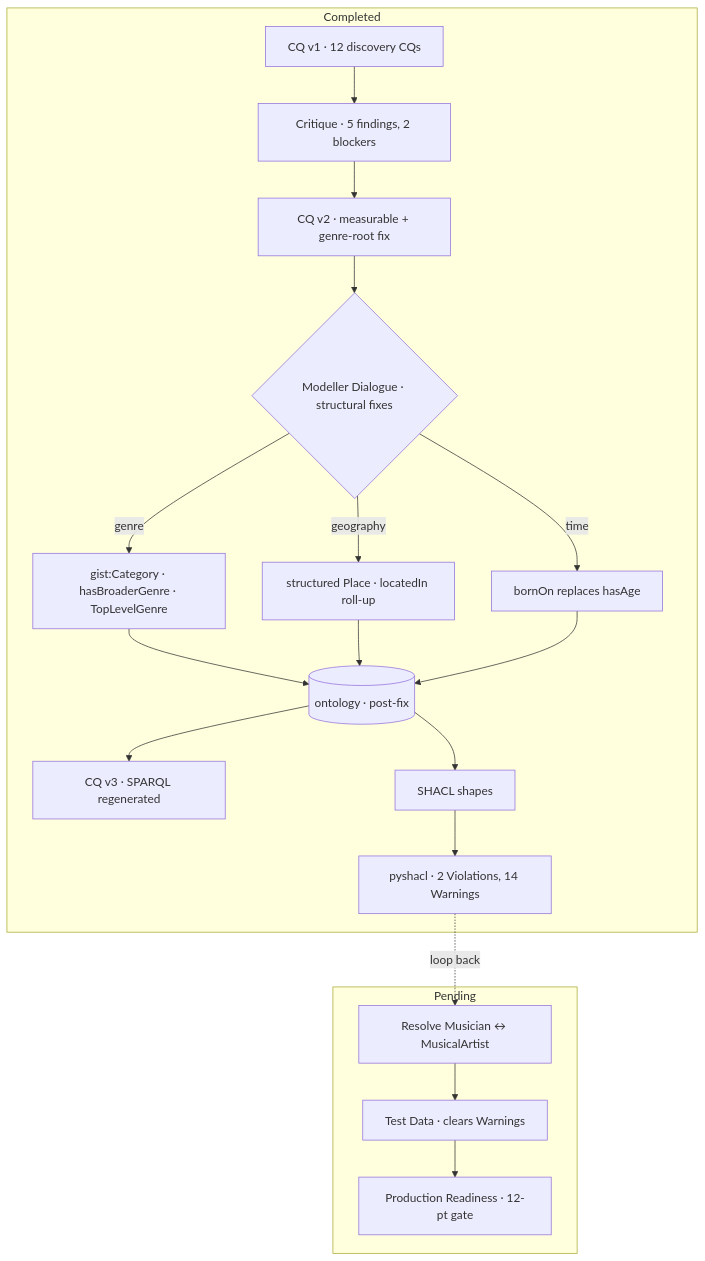
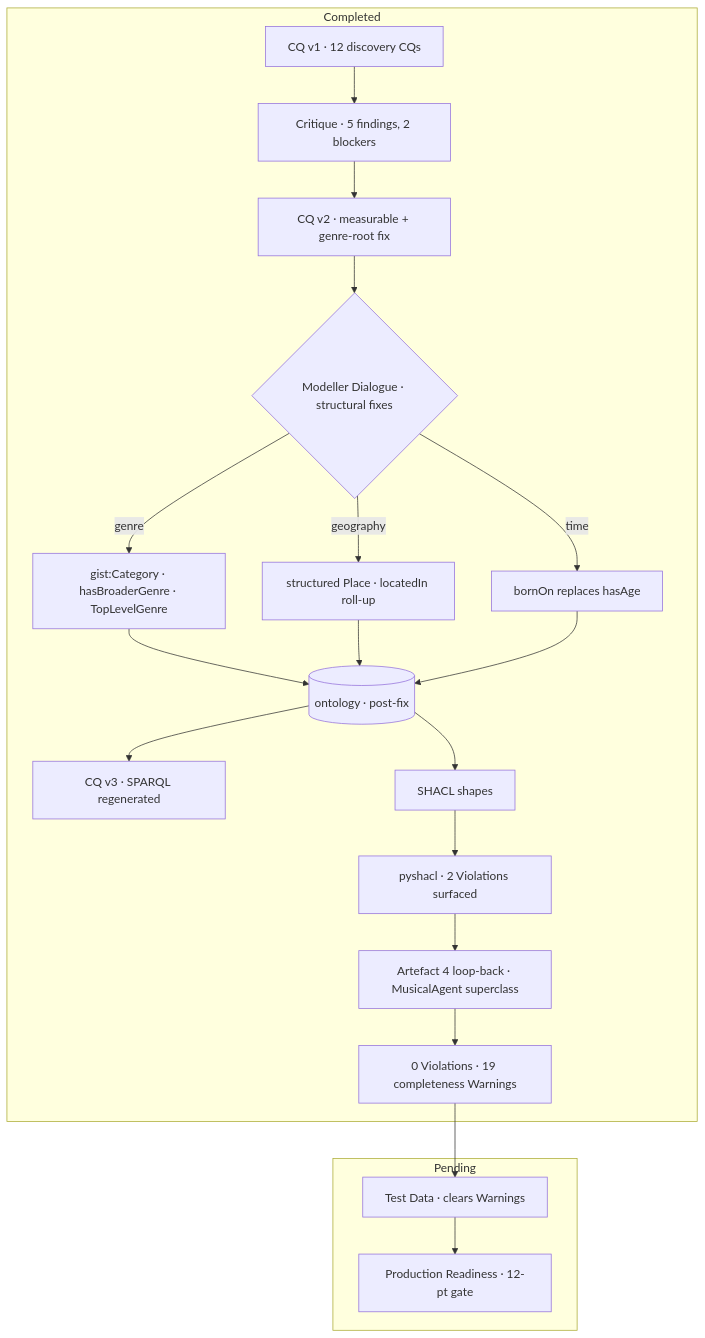
Before and after one commit to blacng/music-ontology: the second of 3 diagrams in README.md, drawn with Mermaid. The commit also changed other lines of this file and 6 other files, not shown here.

First line of the commit message:
Resolve Musician↔MusicalArtist boundary (SHACL Artefact-4 loop-back) (#1)

````diff
--- a/README.md
+++ b/README.md
@@ -36,22 +36,23 @@
 ```mermaid
 flowchart TB
   subgraph done [Completed]
     cq1[CQ v1 · 12 discovery CQs] --> crit[Critique · 5 findings, 2 blockers]
     crit --> cq2[CQ v2 · measurable + genre-root fix]
     cq2 --> dlg{Modeller Dialogue · structural fixes}
     dlg -->|genre| g[gist:Category · hasBroaderGenre · TopLevelGenre]
     dlg -->|geography| pl[structured Place · locatedIn roll-up]
     dlg -->|time| bd[bornOn replaces hasAge]
     g --> ttl[(ontology · post-fix)]
     pl --> ttl
     bd --> ttl
     ttl --> cq3[CQ v3 · SPARQL regenerated]
     ttl --> shacl[SHACL shapes]
-    shacl --> rep[pyshacl · 2 Violations, 14 Warnings]
+    shacl --> rep[pyshacl · 2 Violations surfaced]
+    rep --> dlg2[Artefact 4 loop-back · MusicalAgent superclass]
+    dlg2 --> ok[0 Violations · 19 completeness Warnings]
   end
-  rep -. loop back .-> dlg2[Resolve Musician ↔ MusicalArtist]
   subgraph pending [Pending]
-    dlg2 --> td[Test Data · clears Warnings]
+    ok --> td[Test Data · clears Warnings]
     td --> pr[Production Readiness · 12-pt gate]
   end
 ```
````
